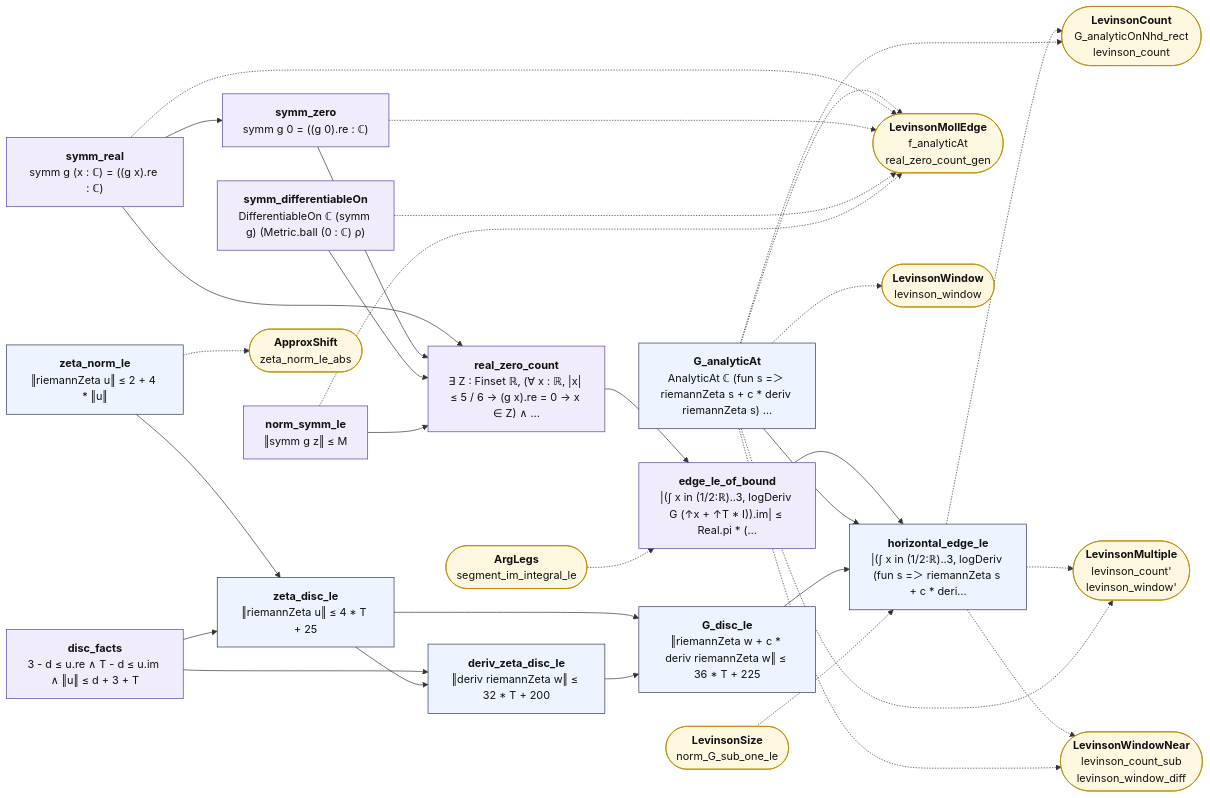
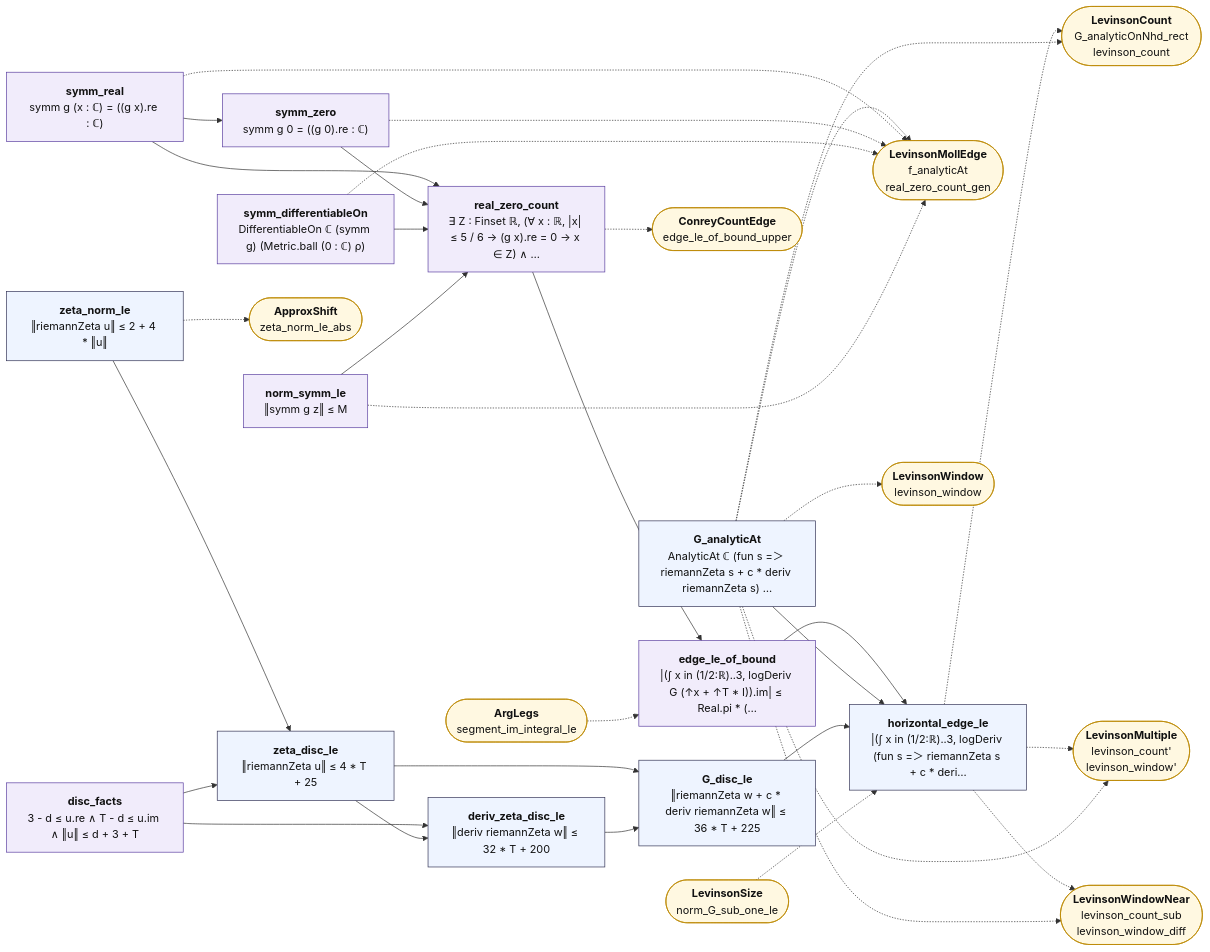
Before and after one commit to juliansambranojr/Primebeat_081426: the diagram in map/lean_stage3/LevinsonEdge.md, drawn with Mermaid. The commit also changed other lines of this file and 48 other files, not shown here.

````diff
--- a/map/lean_stage3/LevinsonEdge.md
+++ b/map/lean_stage3/LevinsonEdge.md
@@ -14,62 +14,64 @@
 ```mermaid
 flowchart LR
   n0["<b>zeta_norm_le</b><br/>‖riemannZeta u‖ ≤ 2 + 4 * ‖u‖"]:::thm
   n1["<b>disc_facts</b><br/>3 - d ≤ u.re ∧ T - d ≤ u.im ∧ ‖u‖ ≤ d + 3 + T"]:::shp
   n2["<b>zeta_disc_le</b><br/>‖riemannZeta u‖ ≤ 4 * T + 25"]:::thm
   n3["<b>deriv_zeta_disc_le</b><br/>‖deriv riemannZeta w‖ ≤ 32 * T + 200"]:::thm
   n4["<b>G_analyticAt</b><br/>AnalyticAt ℂ (fun s =＞ riemannZeta s + c * deriv riemannZeta s) …"]:::thm
   n5["<b>G_disc_le</b><br/>‖riemannZeta w + c * deriv riemannZeta w‖ ≤ 36 * T + 225"]:::thm
   n6["<b>symm_real</b><br/>symm g (x : ℂ) = ((g x).re : ℂ)"]:::shp
   n7["<b>symm_zero</b><br/>symm g 0 = ((g 0).re : ℂ)"]:::shp
   n8["<b>symm_differentiableOn</b><br/>DifferentiableOn ℂ (symm g) (Metric.ball (0 : ℂ) ρ)"]:::shp
   n9["<b>norm_symm_le</b><br/>‖symm g z‖ ≤ M"]:::shp
   n10["<b>real_zero_count</b><br/>∃ Z : Finset ℝ, (∀ x : ℝ, |x| ≤ 5 / 6 → (g x).re = 0 → x ∈ Z) ∧ …"]:::shp
   n11["<b>edge_le_of_bound</b><br/>|(∫ x in (1/2:ℝ)..3, logDeriv G (↑x + ↑T * I)).im| ≤ Real.pi * (…"]:::shp
   n12["<b>horizontal_edge_le</b><br/>|(∫ x in (1/2:ℝ)..3, logDeriv (fun s =＞ riemannZeta s + c * deri…"]:::thm
   x0(["<b>ApproxShift</b><br/>zeta_norm_le_abs"]):::ext
   x1(["<b>LevinsonCount</b><br/>G_analyticOnNhd_rect<br/>levinson_count"]):::ext
   x2(["<b>LevinsonMollEdge</b><br/>f_analyticAt<br/>real_zero_count_gen"]):::ext
   x3(["<b>LevinsonMultiple</b><br/>levinson_count'<br/>levinson_window'"]):::ext
   x4(["<b>LevinsonWindow</b><br/>levinson_window"]):::ext
   x5(["<b>LevinsonWindowNear</b><br/>levinson_count_sub<br/>levinson_window_diff"]):::ext
-  x6(["<b>ArgLegs</b><br/>segment_im_integral_le"]):::ext
-  x7(["<b>LevinsonSize</b><br/>norm_G_sub_one_le"]):::ext
+  x6(["<b>ConreyCountEdge</b><br/>edge_le_of_bound_upper"]):::ext
+  x7(["<b>ArgLegs</b><br/>segment_im_integral_le"]):::ext
+  x8(["<b>LevinsonSize</b><br/>norm_G_sub_one_le"]):::ext
   n0 --> n2
   n1 --> n2
   n1 --> n3
   n10 --> n11
   n11 --> n12
   n2 --> n3
   n2 --> n5
   n3 --> n5
   n4 --> n12
   n5 --> n12
   n6 --> n10
   n6 --> n7
   n7 --> n10
   n8 --> n10
   n9 --> n10
   n0 -.-> x0
+  n10 -.-> x6
   n12 -.-> x1
   n12 -.-> x3
   n12 -.-> x5
   n4 -.-> x1
   n4 -.-> x2
   n4 -.-> x3
   n4 -.-> x4
   n4 -.-> x5
   n6 -.-> x2
   n7 -.-> x2
   n8 -.-> x2
   n9 -.-> x2
-  x6 -.-> n11
-  x7 -.-> n12
+  x7 -.-> n11
+  x8 -.-> n12
   classDef cnt fill:#dff5ec,stroke:#17694a,color:#111
   classDef shp fill:#f1ecfb,stroke:#5b3fa0,color:#111
   classDef rh fill:#ffe5e5,stroke:#c22,color:#111,stroke-width:2px
   classDef thm fill:#eef4ff,stroke:#335,color:#111
   classDef end_ fill:#e7f7e7,stroke:#2a7,color:#111,stroke-width:2px
   classDef lone fill:#fff,stroke:#999,color:#111,stroke-dasharray:4 3
   classDef bad fill:#ffe5e5,stroke:#c22,color:#111,stroke-width:2px
   classDef ext fill:#fff8e1,stroke:#b80,color:#111
 ```
````
